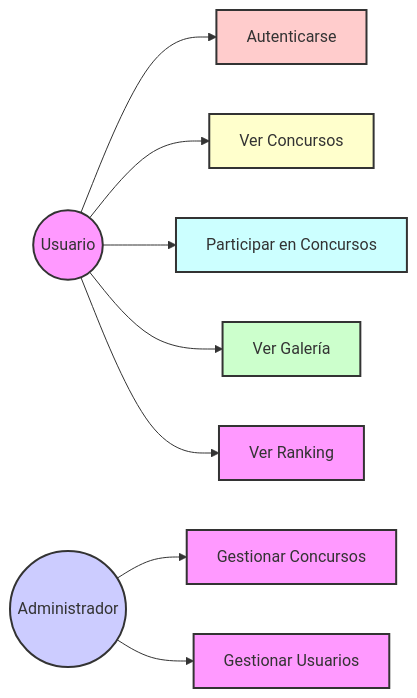
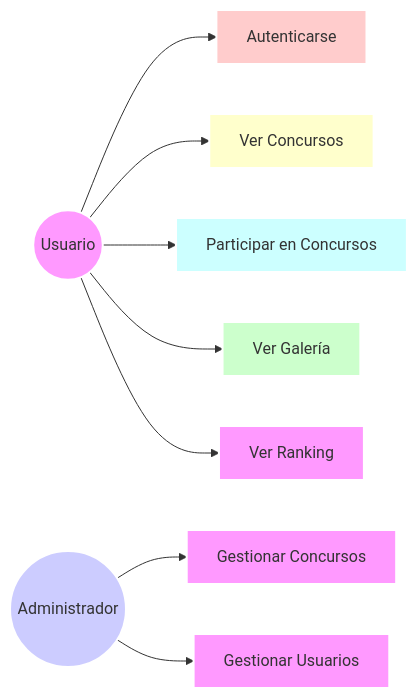
Before and after one commit to whejhe/Proyecto-Final-DAM: the second of 2 diagrams in DOCUMENTATION.md, drawn with Mermaid.

Commit message:
actualizar

````diff
--- a/DOCUMENTATION.md
+++ b/DOCUMENTATION.md
@@ -77,19 +77,19 @@
 ```mermaid
 graph LR
     A((Usuario)) --> B[Autenticarse];
     A --> C[Ver Concursos];
     A --> D[Participar en Concursos];
     A --> E[Ver Galería];
     A --> F[Ver Ranking];
     G((Administrador)) --> H[Gestionar Concursos];
     G --> I[Gestionar Usuarios];
-    style A fill:#f9f,stroke:#333,stroke-width:2px
-    style G fill:#ccf,stroke:#333,stroke-width:2px
-    style B fill:#fcc,stroke:#333,stroke-width:2px
-    style C fill:#ffc,stroke:#333,stroke-width:2px
-    style D fill:#cff,stroke:#333,stroke-width:2px
-    style E fill:#cfc,stroke:#333,stroke-width:2px
-    style F fill:#f9f,stroke:#333,stroke-width:2px
-    style H fill:#f9f,stroke:#333,stroke-width:2px
-    style I fill:#f9f,stroke:#333,stroke-width:2px
+    style A fill:#f9f,stroke:#fff,stroke-width:2px
+    style G fill:#ccf,stroke:#fff,stroke-width:2px
+    style B fill:#fcc,stroke:#fff,stroke-width:2px
+    style C fill:#ffc,stroke:#fff,stroke-width:2px
+    style D fill:#cff,stroke:#fff,stroke-width:2px
+    style E fill:#cfc,stroke:#fff,stroke-width:2px
+    style F fill:#f9f,stroke:#fff,stroke-width:2px
+    style H fill:#f9f,stroke:#fff,stroke-width:2px
+    style I fill:#f9f,stroke:#fff,stroke-width:2px
 ```
````
